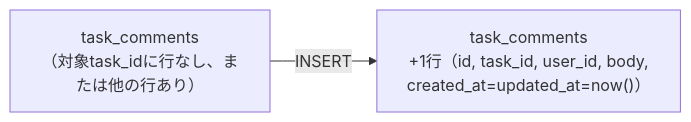
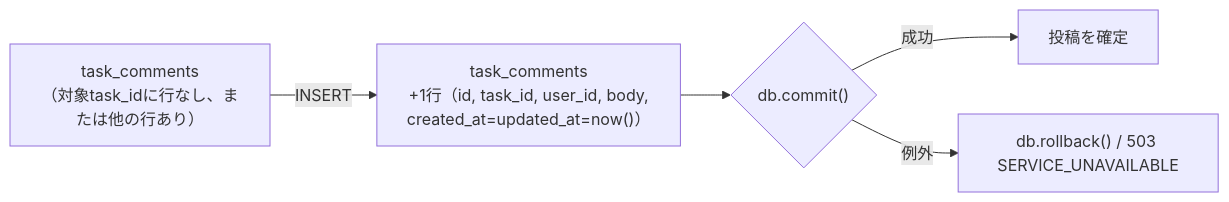
Before and after one commit to oikawa-d/task_management: the fourth of 4 diagrams in docs/detailed_design/api/tasks/07_post_task_comments.md, drawn with Mermaid. The commit also changed other lines of this file and 2 other files, not shown here.

````diff
--- a/docs/detailed_design/api/tasks/07_post_task_comments.md
+++ b/docs/detailed_design/api/tasks/07_post_task_comments.md
@@ -221,4 +231,7 @@
 ```mermaid
 flowchart LR
     A["task_comments<br/>（対象task_idに行なし、または他の行あり）"] -->|"INSERT"| B["task_comments<br/>+1行（id, task_id, user_id, body,<br/>created_at=updated_at=now()）"]
+    B --> C{"db.commit()"}
+    C -->|"成功"| D["投稿を確定"]
+    C -->|"例外"| E["db.rollback() / 503 SERVICE_UNAVAILABLE"]
 ```
````
